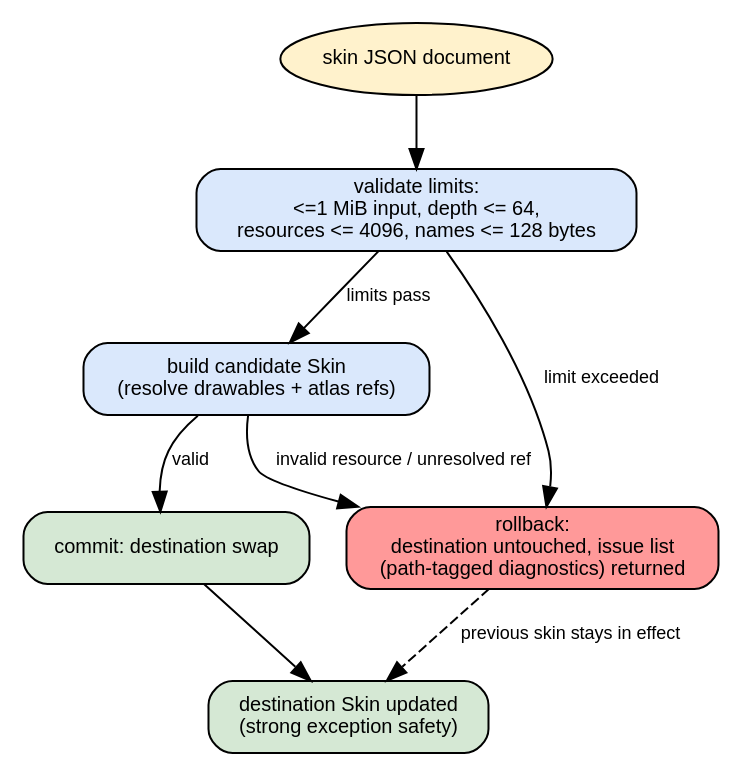
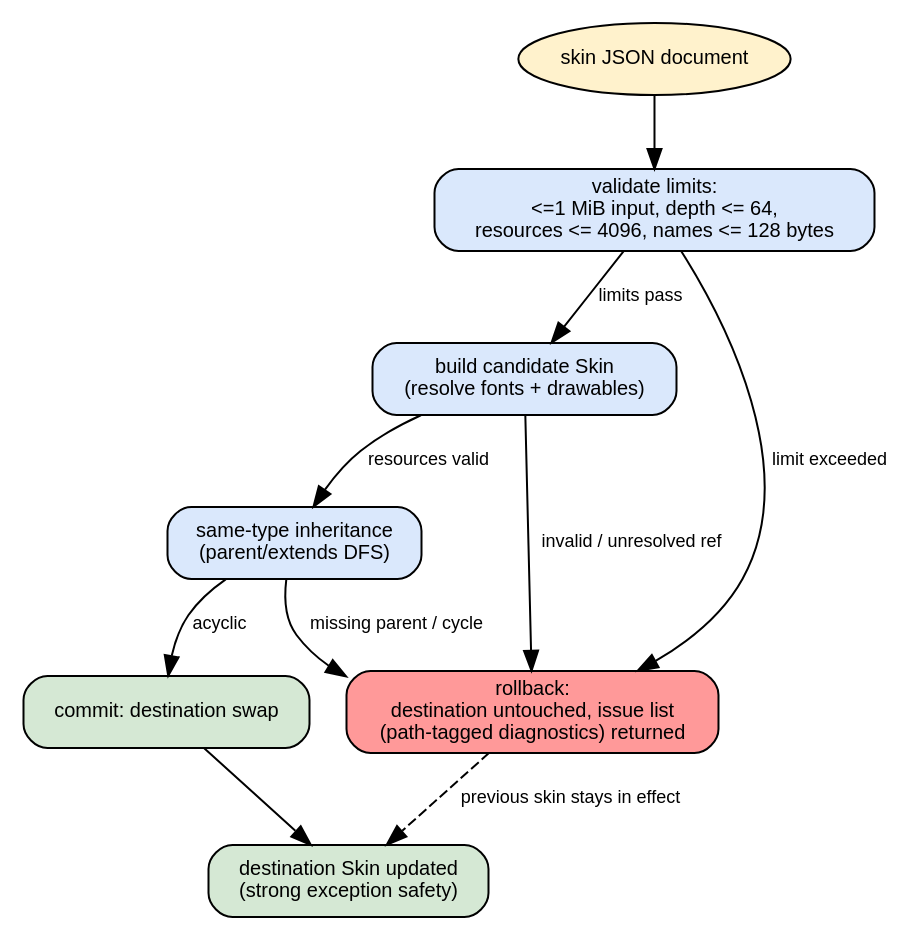
Before and after one commit to squared-netizen/squared: the diagram in docs/developer/squared-gui/GUI-skin-loading.dot, drawn with Graphviz. The commit also changed 46 other files, not shown here.

```diff
--- a/docs/developer/squared-gui/GUI-skin-loading.dot
+++ b/docs/developer/squared-gui/GUI-skin-loading.dot
@@ -1,23 +1,26 @@
 // Transactional skin loading and rollback.
 // Staged load validates into a candidate Skin; commit swaps atomically.
 // Limits: 1 MiB input, depth 64, 4096 resources, 128-byte names.
 digraph gui_skin_loading {
   rankdir="TB";
   node [shape=box, style="rounded,filled", fontname="Helvetica", fontsize=10];
   edge [fontname="Helvetica", fontsize=9];
 
   json [label="skin JSON document", shape=oval, fillcolor="#fff2cc"];
   limits [label="validate limits:\n<=1 MiB input, depth <= 64,\nresources <= 4096, names <= 128 bytes", fillcolor="#dae8fc"];
-  candidate [label="build candidate Skin\n(resolve drawables + atlas refs)", fillcolor="#dae8fc"];
+  candidate [label="build candidate Skin\n(resolve fonts + drawables)", fillcolor="#dae8fc"];
+  inherit [label="same-type inheritance\n(parent/extends DFS)", fillcolor="#dae8fc"];
   commit [label="commit: destination swap", fillcolor="#d5e8d4"];
   rollback [label="rollback:\ndestination untouched, issue list\n(path-tagged diagnostics) returned", fillcolor="#ff9999"];
   loaded [label="destination Skin updated\n(strong exception safety)", fillcolor="#d5e8d4"];
 
   json -> limits;
   limits -> candidate [label="limits pass"];
   limits -> rollback [label="limit exceeded"];
-  candidate -> commit [label="valid"];
-  candidate -> rollback [label="invalid resource / unresolved ref"];
+  candidate -> inherit [label="resources valid"];
+  candidate -> rollback [label="invalid / unresolved ref"];
+  inherit -> commit [label="acyclic"];
+  inherit -> rollback [label="missing parent / cycle"];
   commit -> loaded;
   rollback -> loaded [style=dashed, label="previous skin stays in effect"];
 }
```
